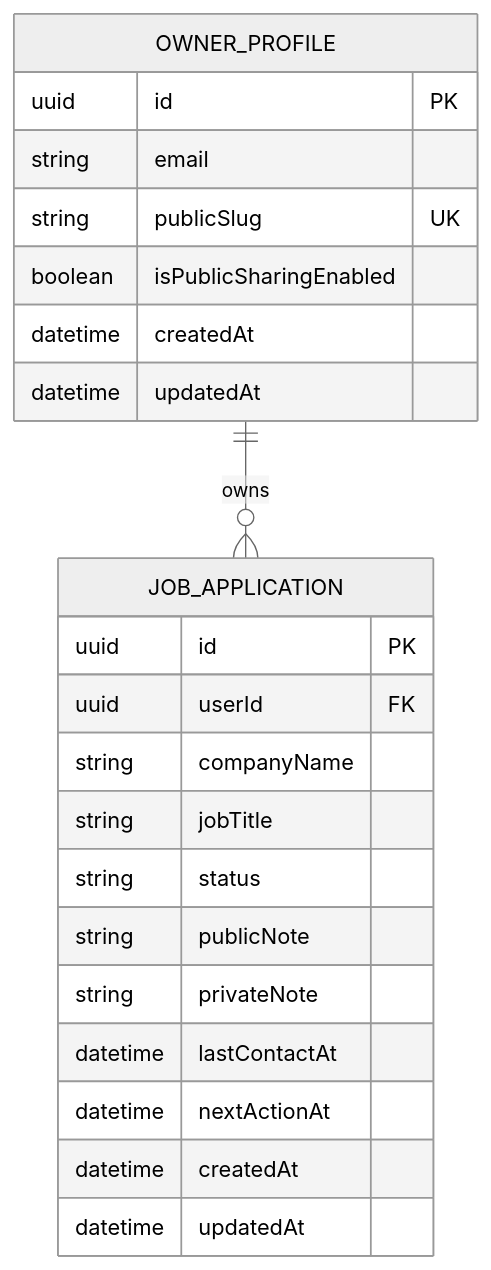
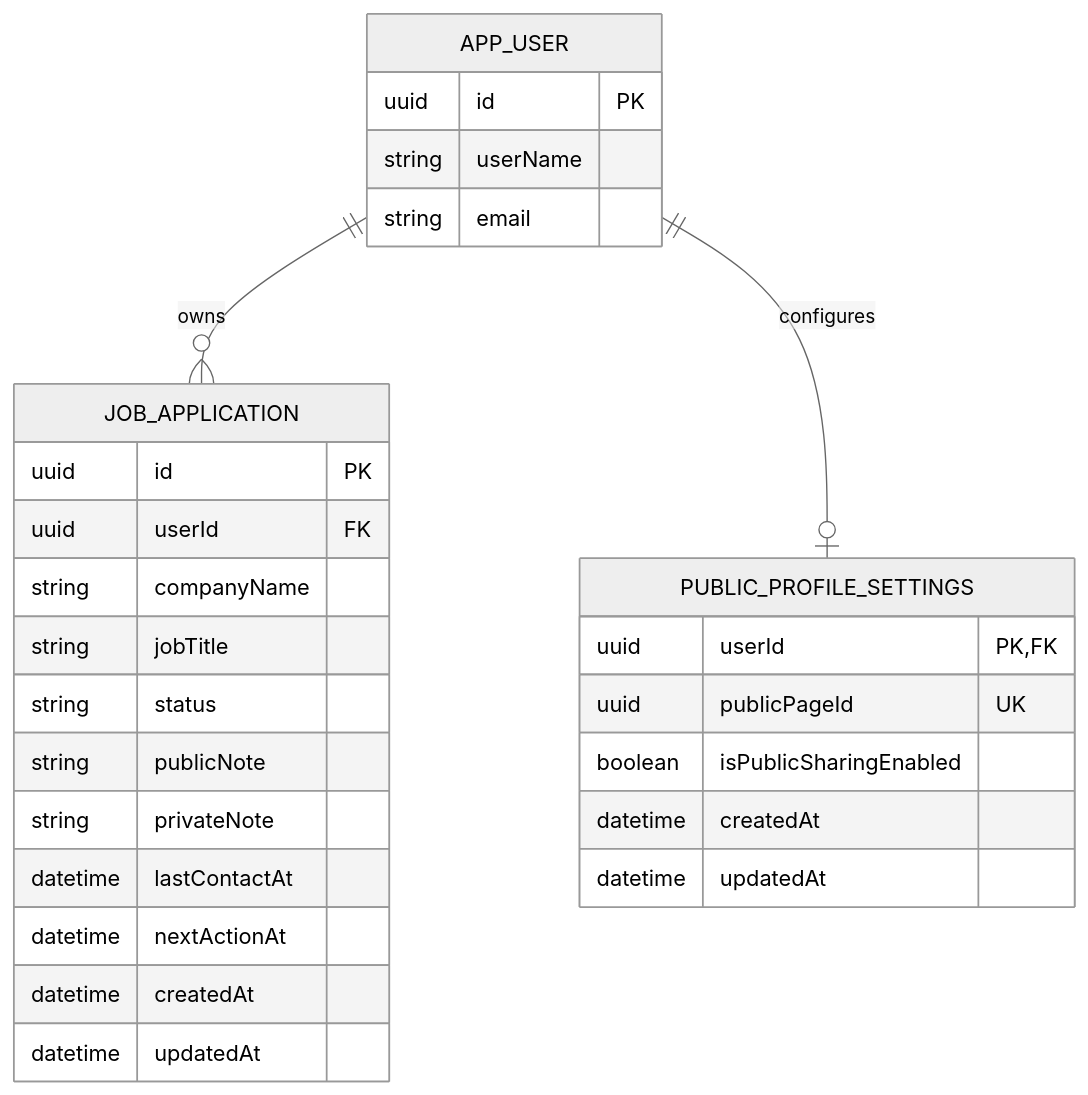
The diagram in docs/diagrams/mvp-erd.md (DPCoderr/NoNeed2Ask), drawn with Mermaid (neutral theme) before and after one commit. The commit also changed other lines of this file and 38 other files, not shown here.

Commit message:
Replace public slugs with random UUID page identifiers

````diff
--- a/docs/diagrams/mvp-erd.md
+++ b/docs/diagrams/mvp-erd.md
@@ -5,27 +5,33 @@
 ```mermaid
 erDiagram
-    OWNER_PROFILE ||--o{ JOB_APPLICATION : owns
+    APP_USER ||--o{ JOB_APPLICATION : owns
+    APP_USER ||--o| PUBLIC_PROFILE_SETTINGS : configures
 
-    OWNER_PROFILE {
+    APP_USER {
         uuid id PK
+        string userName
         string email
-        string publicSlug UK
+    }
+
+    PUBLIC_PROFILE_SETTINGS {
+        uuid userId PK, FK
+        uuid publicPageId UK
         boolean isPublicSharingEnabled
         datetime createdAt
         datetime updatedAt
     }
 
     JOB_APPLICATION {
         uuid id PK
         uuid userId FK
         string companyName
         string jobTitle
         string status
         string publicNote
         string privateNote
         datetime lastContactAt
         datetime nextActionAt
         datetime createdAt
         datetime updatedAt
     }
 ```
````
